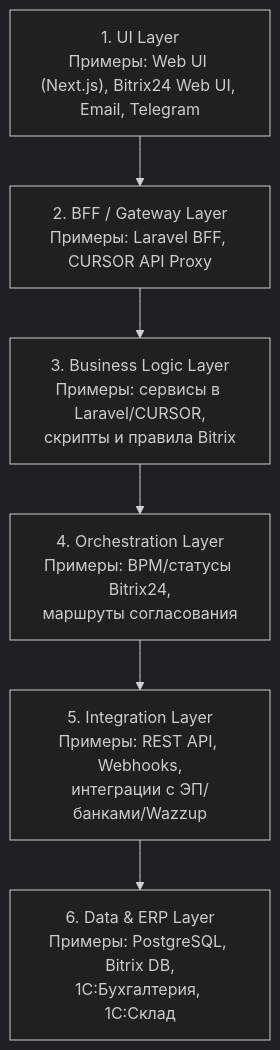
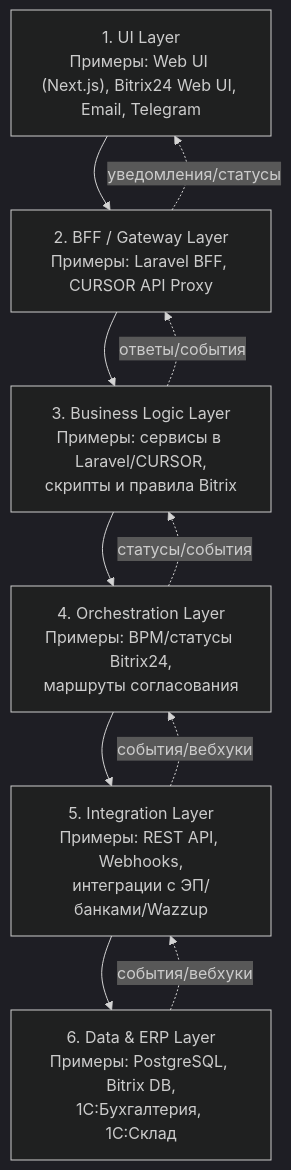
Before and after one commit to UBEREMONT2025/description: the diagram in layered-architecture.md, drawn with Mermaid (dark theme). The commit also changed other lines of this file, not shown here.

Commit message:
Add reverse flow and layer mapping table

````diff
--- a/layered-architecture.md
+++ b/layered-architecture.md
@@ -6,11 +6,18 @@
 ```mermaid
 flowchart TB
   L1["1. UI Layer\nПримеры: Web UI (Next.js), Bitrix24 Web UI, Email, Telegram"]
   L2["2. BFF / Gateway Layer\nПримеры: Laravel BFF, CURSOR API Proxy"]
   L3["3. Business Logic Layer\nПримеры: сервисы в Laravel/CURSOR,\nскрипты и правила Bitrix"]
   L4["4. Orchestration Layer\nПримеры: BPM/статусы Bitrix24,\nмаршруты согласования"]
   L5["5. Integration Layer\nПримеры: REST API, Webhooks,\nинтеграции с ЭП/банками/Wazzup"]
   L6["6. Data & ERP Layer\nПримеры: PostgreSQL, Bitrix DB,\n1С:Бухгалтерия, 1С:Склад"]
 
   L1 --> L2 --> L3 --> L4 --> L5 --> L6
+
+  %% обратный поток (события/вебхуки)
+  L6 -. события/вебхуки .-> L5
+  L5 -. события/вебхуки .-> L4
+  L4 -. статусы/события .-> L3
+  L3 -. ответы/события .-> L2
+  L2 -. уведомления/статусы .-> L1
 ```
````
